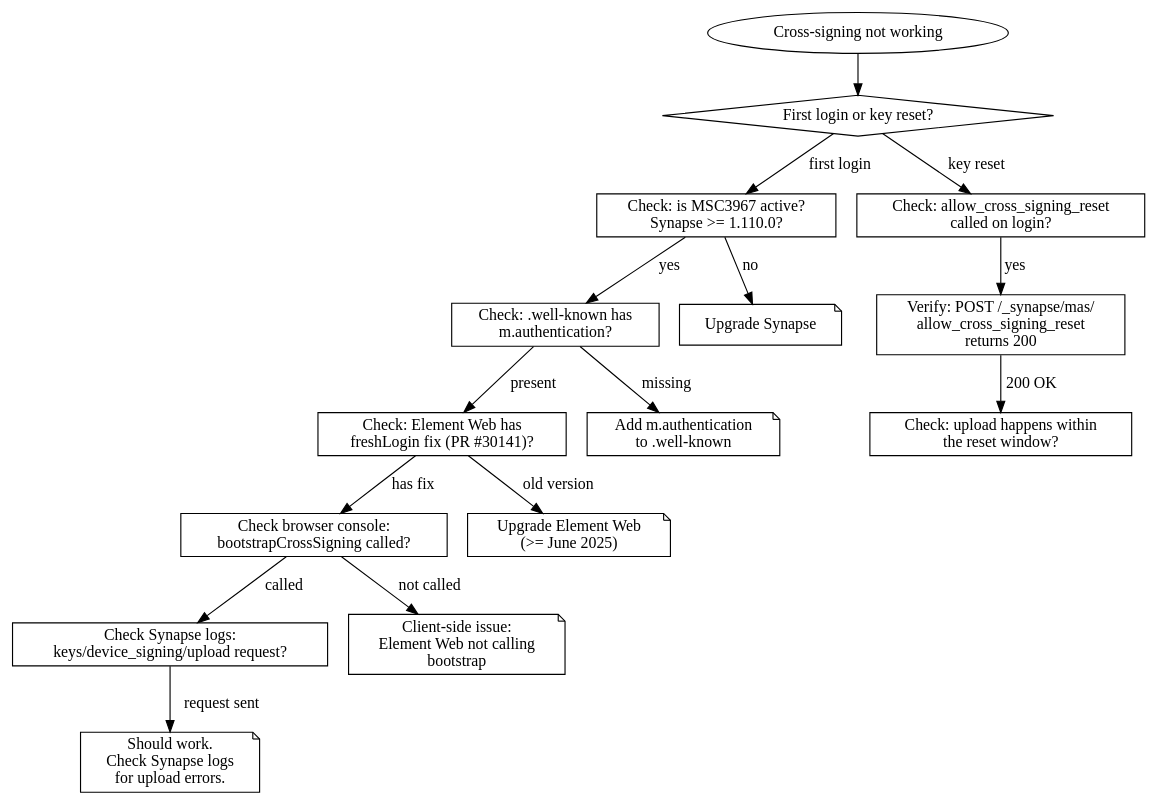
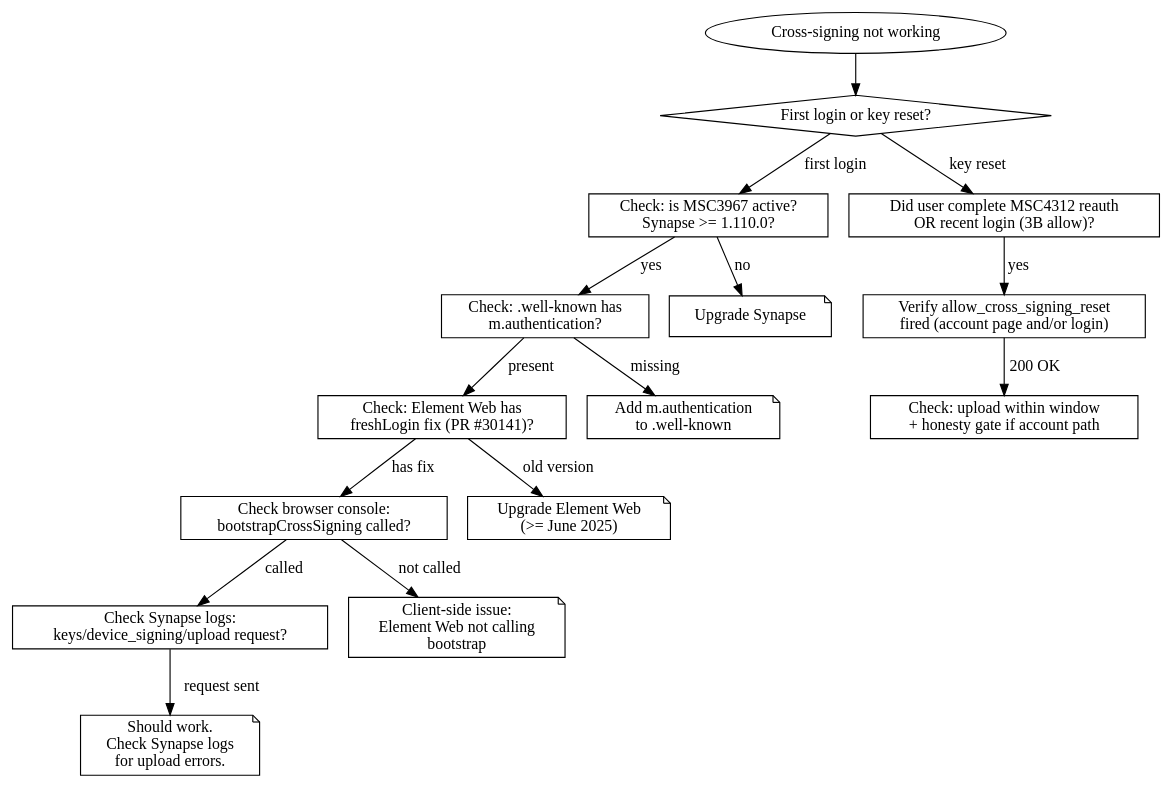
One commit to inblockio/siwx-oidc changed the diagram in skills/cross-signing-bootstrap-and-debug.md. Above: the diagram before and after it, drawn with Graphviz. The commit also changed other lines of this file and 21 other files, not shown here.

First line of the commit message:
feat(phase2): restore login-time XS allow (3B) + Element Playwright lab scaffold

````diff
--- a/skills/cross-signing-bootstrap-and-debug.md
+++ b/skills/cross-signing-bootstrap-and-debug.md
@@ -44,42 +44,42 @@
 ```dot
 digraph cross_signing_debug {
   rankdir=TB;
   node [shape=box];
 
   start [label="Cross-signing not working" shape=ellipse];
   q1 [label="First login or key reset?" shape=diamond];
 
   first_check [label="Check: is MSC3967 active?\nSynapse >= 1.110.0?"];
   first_wellknown [label="Check: .well-known has\nm.authentication?"];
   first_element [label="Check: Element Web has\nfreshLogin fix (PR #30141)?"];
   first_console [label="Check browser console:\nbootstrapCrossSigning called?"];
   first_synapse_log [label="Check Synapse logs:\nkeys/device_signing/upload request?"];
 
-  reset_check [label="Check: allow_cross_signing_reset\ncalled on login?"];
-  reset_api [label="Verify: POST /_synapse/mas/\nallow_cross_signing_reset\nreturns 200"];
-  reset_timing [label="Check: upload happens within\nthe reset window?"];
+  reset_check [label="Did user complete MSC4312 reauth\nOR recent login (3B allow)?"];
+  reset_api [label="Verify allow_cross_signing_reset\nfired (account page and/or login)"];
+  reset_timing [label="Check: upload within window\n+ honesty gate if account path"];
 
   fix_synapse [label="Upgrade Synapse" shape=note];
   fix_wellknown [label="Add m.authentication\nto .well-known" shape=note];
   fix_element [label="Upgrade Element Web\n(>= June 2025)" shape=note];
   fix_client [label="Client-side issue:\nElement Web not calling\nbootstrap" shape=note];
   works [label="Should work.\nCheck Synapse logs\nfor upload errors." shape=note];
 
   start -> q1;
   q1 -> first_check [label="first login"];
   q1 -> reset_check [label="key reset"];
 
   first_check -> fix_synapse [label="no"];
   first_check -> first_wellknown [label="yes"];
   first_wellknown -> fix_wellknown [label="missing"];
   first_wellknown -> first_element [label="present"];
   first_element -> fix_element [label="old version"];
   first_element -> first_console [label="has fix"];
   first_console -> fix_client [label="not called"];
   first_console -> first_synapse_log [label="called"];
   first_synapse_log -> works [label="request sent"];
 
   reset_check -> reset_api [label="yes"];
   reset_api -> reset_timing [label="200 OK"];
 }
 ```
````
